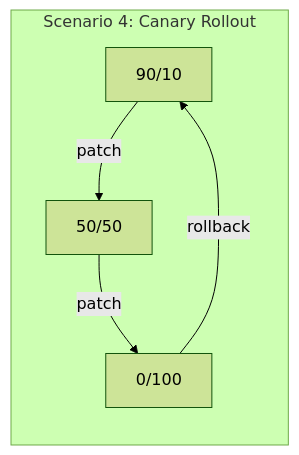
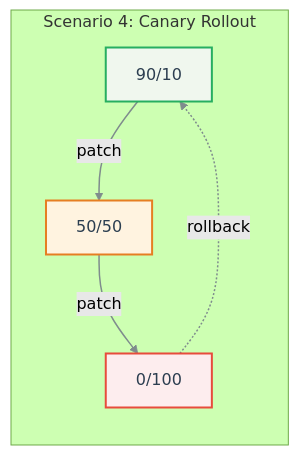
Before and after one commit to DKT-AI/gateway-api-migration-demo: the fifth of 5 diagrams in docs/labs/README.md, drawn with Mermaid (forest theme). The commit also changed other lines of this file and 4 other files, not shown here.

First line of the commit message:
Style all mermaid diagrams with ocean palette for GitHub

````diff
--- a/docs/labs/README.md
+++ b/docs/labs/README.md
@@ -109,8 +149,17 @@
 ```mermaid
-graph LR
-    subgraph "Scenario 4: Canary Rollout"
-        S1["90/10"] -->|patch| S2["50/50"]
-        S2 -->|patch| S3["0/100"]
-        S3 -->|rollback| S1
+flowchart LR
+    subgraph S4["Scenario 4: Canary Rollout"]
+        S90["90/10"] -->|"patch"| S50["50/50"]
+        S50 -->|"patch"| S100["0/100"]
+        S100 -.->|"rollback"| S90
     end
+
+    classDef secondary fill:#F0F7EE,stroke:#27AE60,stroke-width:2px,color:#2C3E50
+    classDef accent fill:#FFF3E0,stroke:#E67E22,stroke-width:2px,color:#2C3E50
+    classDef error fill:#FDEDEE,stroke:#E74C3C,stroke-width:2px,color:#2C3E50
+    linkStyle default stroke:#7F8C8D,stroke-width:1.5px
+
+    class S90 secondary
+    class S50 accent
+    class S100 error
 ```
````
